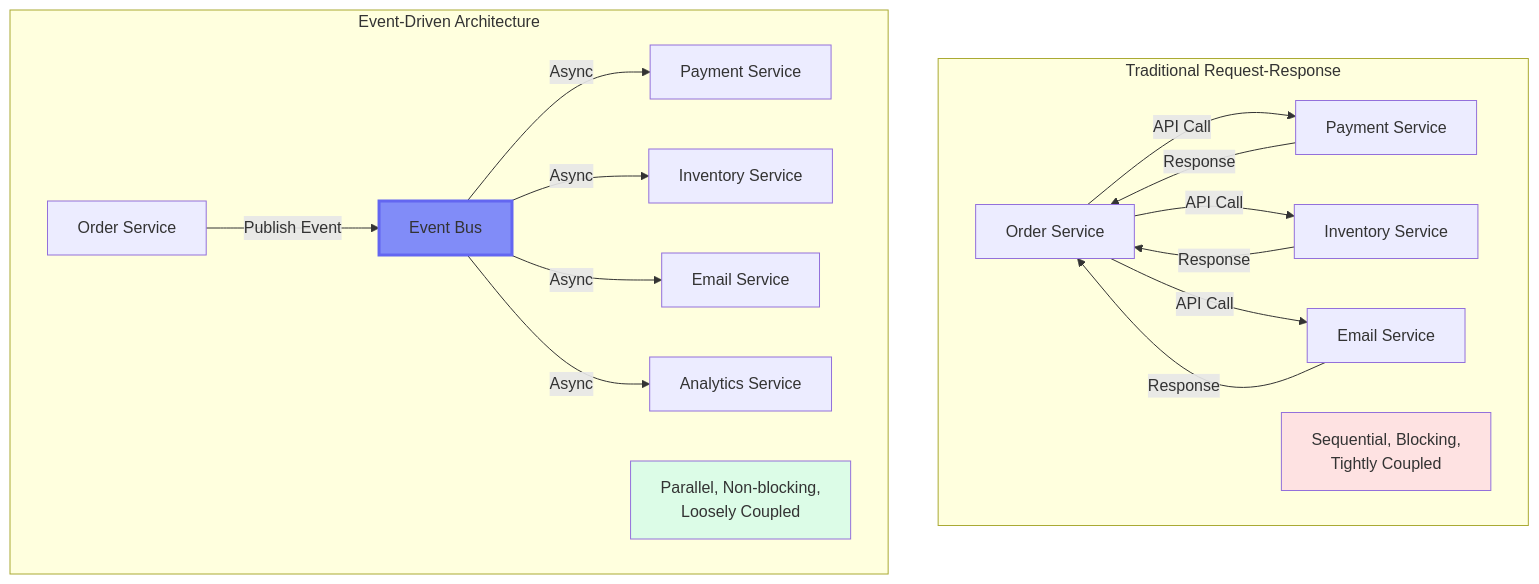
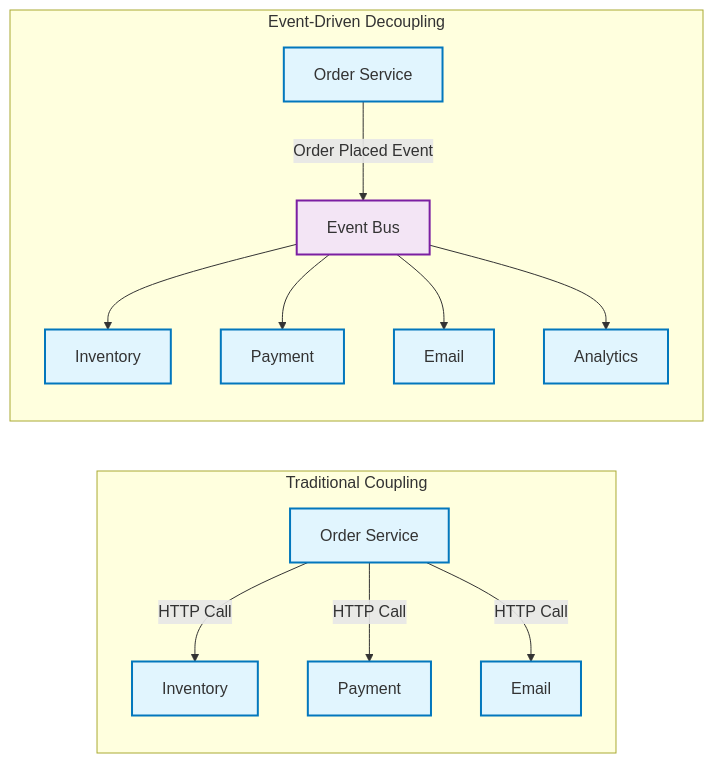
Before and after one commit to deepaucksharma/DStudio: the first of 5 diagrams in docs/pattern-library/architecture/event-driven.md, drawn with Mermaid. The commit also changed other lines of this file and 4 other files, not shown here.

````diff
--- a/docs/pattern-library/architecture/event-driven.md
+++ b/docs/pattern-library/architecture/event-driven.md
@@ -202,27 +89,22 @@
 ```mermaid
-graph TB
-    subgraph "Traditional Request-Response"
-        O1[Order Service] -->|API Call| P1[Payment Service]
-        P1 -->|Response| O1
-        O1 -->|API Call| I1[Inventory Service]
-        I1 -->|Response| O1
-        O1 -->|API Call| E1[Email Service]
-        E1 -->|Response| O1
-        
-        Note1[Sequential, Blocking,<br/>Tightly Coupled]
+graph LR
+    subgraph "Traditional Coupling"
+        A1[Order Service] -->|HTTP Call| B1[Inventory]
+        A1 -->|HTTP Call| C1[Payment]
+        A1 -->|HTTP Call| D1[Email]
     end
     
-    subgraph "Event-Driven Architecture"
-        O2[Order Service] -->|Publish Event| EB[Event Bus]
-        EB -->|Async| P2[Payment Service]
-        EB -->|Async| I2[Inventory Service]
-        EB -->|Async| E2[Email Service]
-        EB -->|Async| A2[Analytics Service]
-        
-        Note2[Parallel, Non-blocking,<br/>Loosely Coupled]
+    subgraph "Event-Driven Decoupling"
+        A2[Order Service] -->|Order Placed Event| E[Event Bus]
+        E --> B2[Inventory]
+        E --> C2[Payment]
+        E --> D2[Email]
+        E --> F[Analytics]
     end
     
-    style EB fill:#818cf8,stroke:#6366f1,stroke-width:3px
-    style Note1 fill:#fee2e2
-    style Note2 fill:#dcfce7
+    classDef service fill:#e1f5fe,stroke:#0277bd,stroke-width:2px
+    classDef event fill:#f3e5f5,stroke:#7b1fa2,stroke-width:2px
+    
+    class A1,B1,C1,D1,A2,B2,C2,D2,F service
+    class E event
 ```
````
